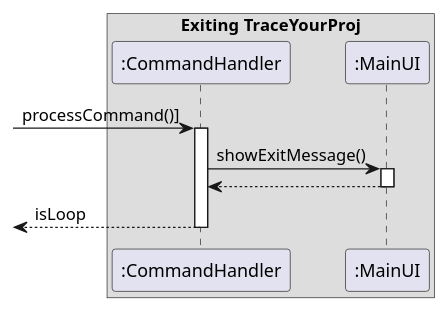
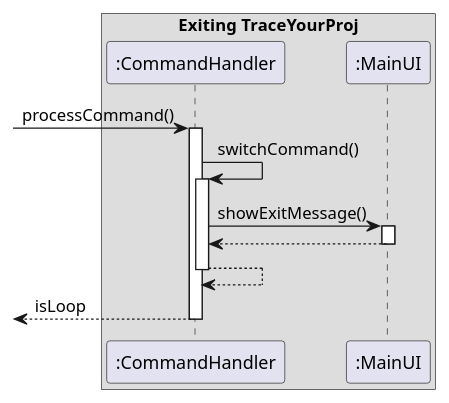
One commit to s-t-e-f/tp changed the diagram in puml_files/Exit.puml. Above: the diagram before and after it, drawn with PlantUML. The commit also changed 3 other files, not shown here.

Commit message:
Fix UML Diagrams

```diff
--- a/puml_files/Exit.puml
+++ b/puml_files/Exit.puml
@@ -1,20 +1,24 @@
 @startuml
 
 box Exiting TraceYourProj
 participant ":CommandHandler" as CH
 participant ":MainUI" as MUI
 end box
 
 
-[-> CH : processCommand()]
+[-> CH : processCommand()
+activate CH
+
+CH -> CH : switchCommand()
 activate CH
 
 CH -> MUI : showExitMessage()
 activate MUI
 return
 
+return
 return isLoop
 
 
 
 @enduml
```
